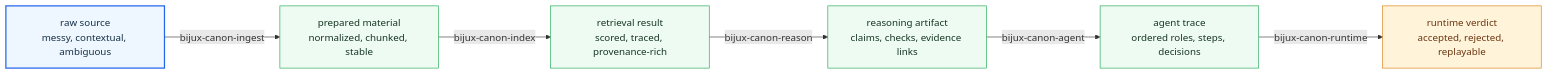
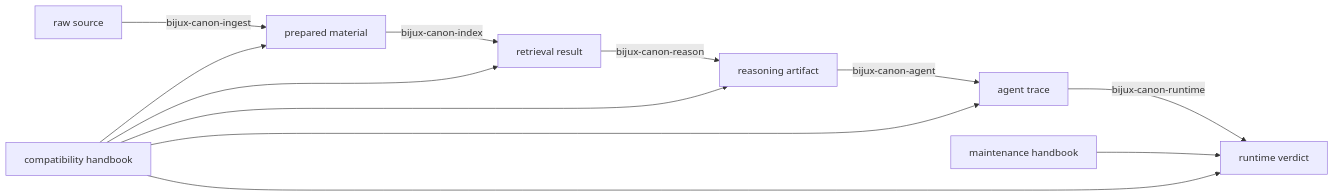
Before and after one commit to bijux/bijux-canon: the diagram in docs/01-bijux-canon/foundation/package-map.md, drawn with Mermaid. The commit also changed other lines of this file, not shown here.

Commit message:
docs(foundation): simplify canonical package chain

````diff
--- a/docs/01-bijux-canon/foundation/package-map.md
+++ b/docs/01-bijux-canon/foundation/package-map.md
@@ -20,22 +20,23 @@
 ```mermaid
 flowchart LR
-    raw["raw source<br/>messy, contextual, ambiguous"]
-    prepared["prepared material<br/>normalized, chunked, stable"]
-    retrieved["retrieval result<br/>scored, traced, provenance-rich"]
-    claims["reasoning artifact<br/>claims, checks, evidence links"]
-    trace["agent trace<br/>ordered roles, steps, decisions"]
-    verdict["runtime verdict<br/>accepted, rejected, replayable"]
+    raw["raw source"]
+    prepared["prepared material"]
+    retrieved["retrieval result"]
+    claims["reasoning artifact"]
+    trace["agent trace"]
+    verdict["runtime verdict"]
+    maintain["maintenance handbook"]
+    compat["compatibility handbook"]
 
     raw -->|bijux-canon-ingest| prepared
     prepared -->|bijux-canon-index| retrieved
     retrieved -->|bijux-canon-reason| claims
     claims -->|bijux-canon-agent| trace
     trace -->|bijux-canon-runtime| verdict
-
-    classDef page fill:#eef6ff,stroke:#2563eb,color:#153145,stroke-width:2px;
-    classDef positive fill:#eefbf3,stroke:#16a34a,color:#173622;
-    classDef action fill:#fff4da,stroke:#d97706,color:#6b3410;
-    class raw page;
-    class prepared,retrieved,claims,trace positive;
-    class verdict action;
+    maintain --> verdict
+    compat --> prepared
+    compat --> retrieved
+    compat --> claims
+    compat --> trace
+    compat --> verdict
 ```
````
